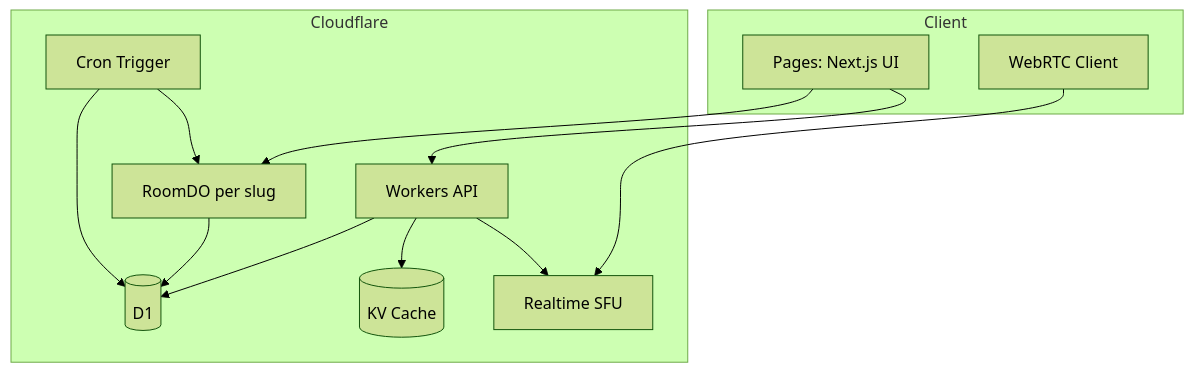
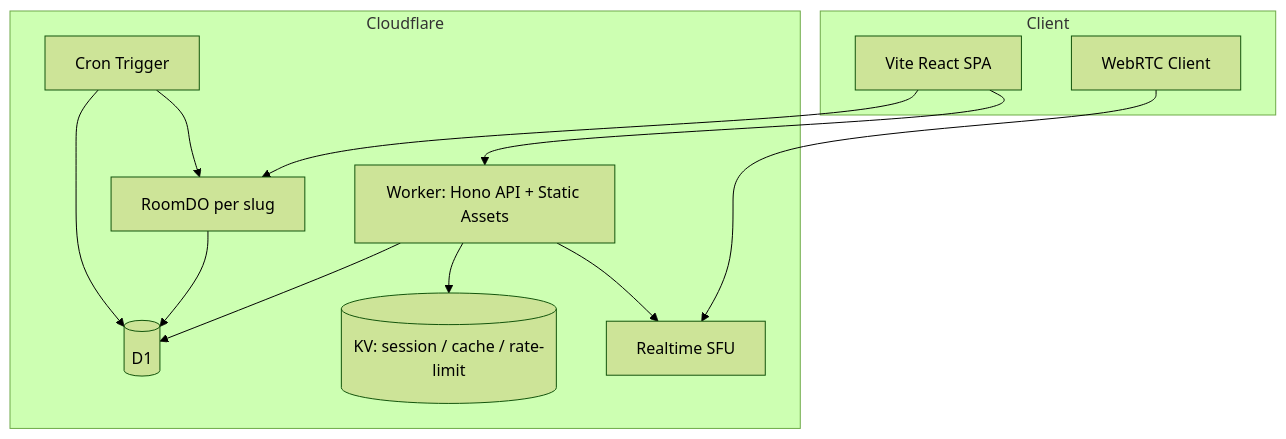
One commit to m8i-51/fork changed the diagram in docs/superpowers/specs/2026-07-11-fork-cloudflare-design.md. Above: the diagram before and after it, drawn with Mermaid (forest theme). The commit also changed other lines of this file and 1 other file, not shown here.

Commit message:
docs: resolve open decisions — Vite SPA, Arctic+KV auth, Workers Static Assets

````diff
--- a/docs/superpowers/specs/2026-07-11-fork-cloudflare-design.md
+++ b/docs/superpowers/specs/2026-07-11-fork-cloudflare-design.md
@@ -94,26 +95,26 @@
 ```mermaid
 flowchart TB
   subgraph Client
-    UI[Pages: Next.js UI]
+    UI[Vite React SPA]
     RTC[WebRTC Client]
   end
 
   subgraph Cloudflare
-    WK[Workers API]
+    WK[Worker: Hono API + Static Assets]
     DO[RoomDO per slug]
     D1[(D1)]
-    KV[(KV Cache)]
+    KV[(KV: session / cache / rate-limit)]
     SFU[Realtime SFU]
     CRON[Cron Trigger]
   end
 
   UI --> WK
   UI --> DO
   RTC --> SFU
   WK --> D1
   WK --> KV
   WK --> SFU
   DO --> D1
   CRON --> D1
   CRON --> DO
 ```
````
